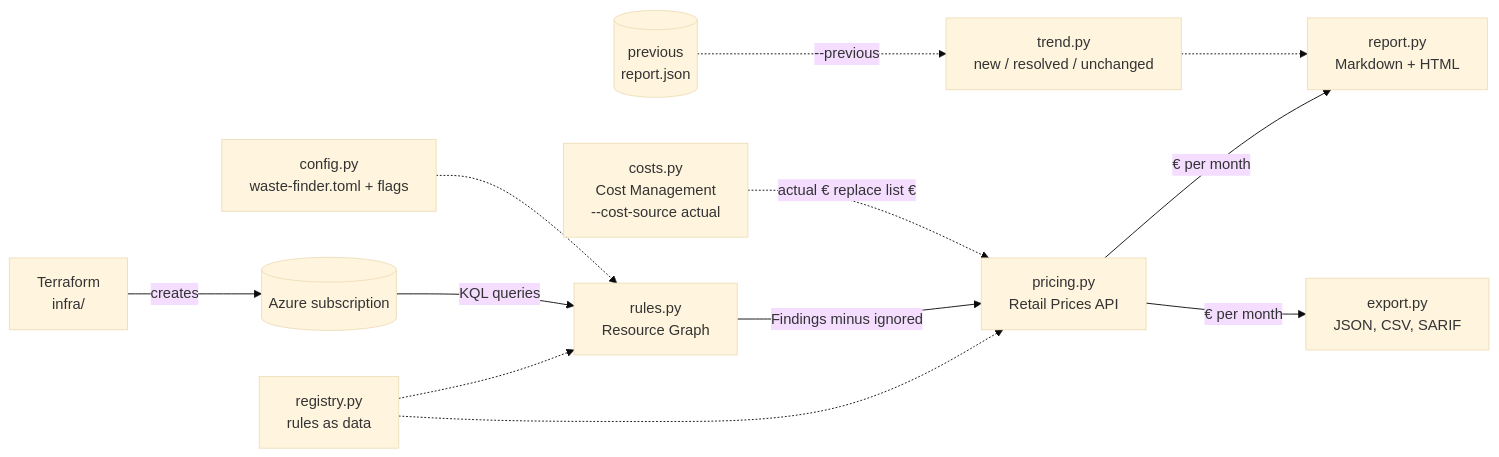
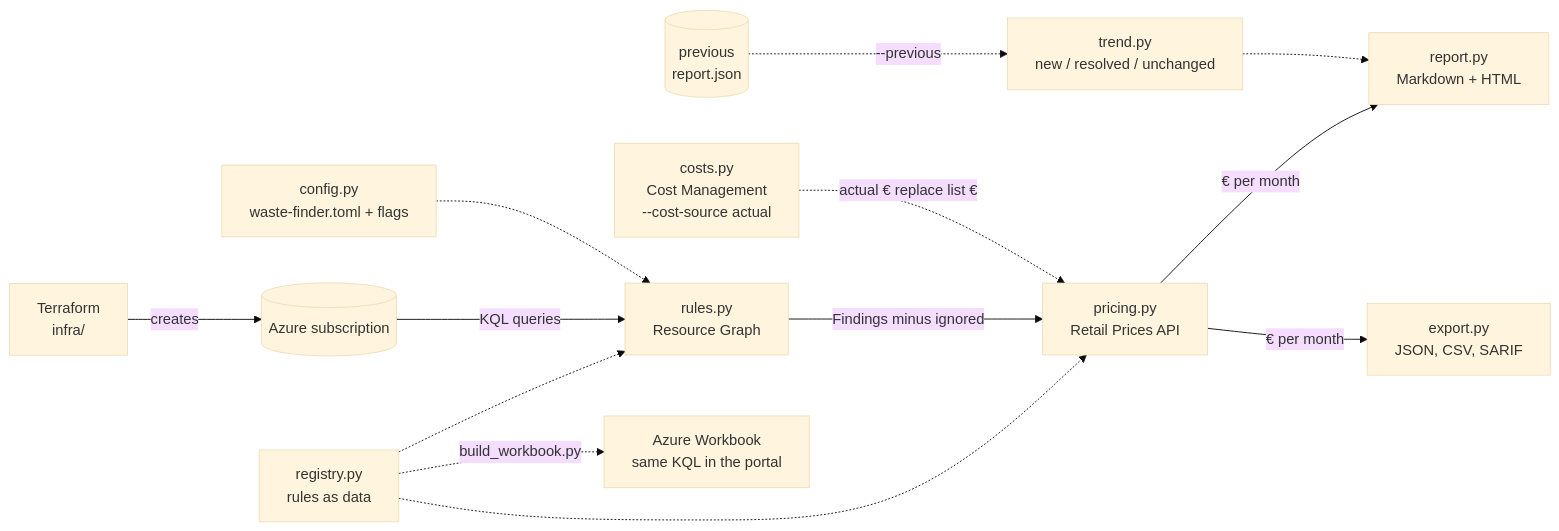
Before and after one commit to viache25/azure-waste-finder: the diagram in README.md, drawn with Mermaid (base theme). The commit also changed other lines of this file and 8 other files, not shown here.

First line of the commit message:
feat: Azure Workbook generated from the KQL files (step 22) (#25)

````diff
--- a/README.md
+++ b/README.md
@@ -44,14 +44,15 @@
 ```mermaid
 flowchart LR
     TF[Terraform<br/>infra/] -->|creates| AZ[(Azure subscription)]
     REG[registry.py<br/>rules as data] -.-> RG
     REG -.-> PR
     AZ -->|KQL queries| RG[rules.py<br/>Resource Graph]
     CFG[config.py<br/>waste-finder.toml + flags] -.-> RG
     RG -->|Findings minus ignored| PR[pricing.py<br/>Retail Prices API]
     CM[costs.py<br/>Cost Management<br/>--cost-source actual] -.->|actual € replace list €| PR
     PR -->|€ per month| RP[report.py<br/>Markdown + HTML]
     PREV[(previous<br/>report.json)] -.->|--previous| TR[trend.py<br/>new / resolved / unchanged]
     TR -.-> RP
     PR -->|€ per month| EX[export.py<br/>JSON, CSV, SARIF]
+    REG -.->|build_workbook.py| WB[Azure Workbook<br/>same KQL in the portal]
 ```
````
